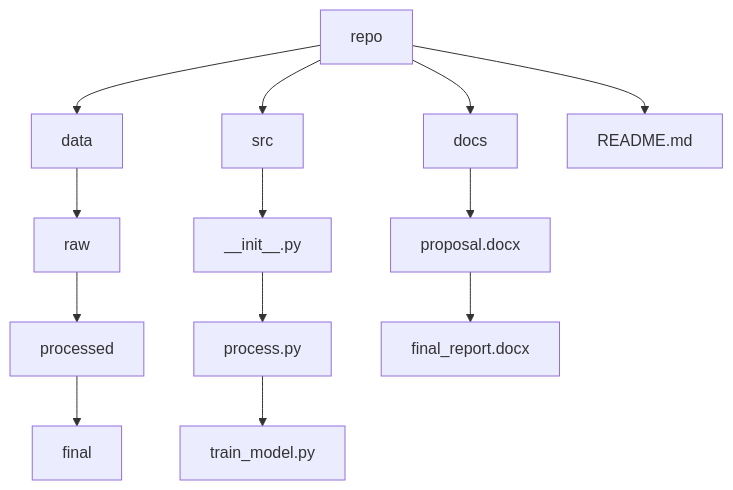
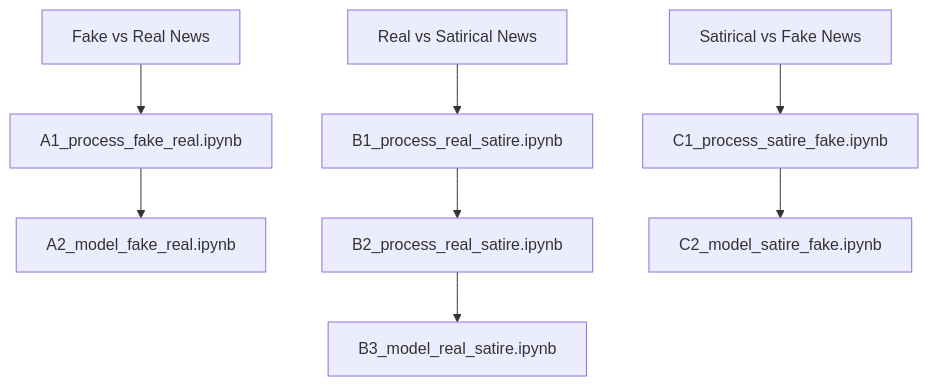
One commit to alisongh/SIADS-699-Onion changed the diagram in README.md. Above: the diagram before and after it, drawn with Mermaid. The commit also changed other lines of this file, not shown here.

````diff
--- a/README.md
+++ b/README.md
@@ -12,9 +49,8 @@
 ```mermaid
 flowchart TB
 
-  A[repo] --> B[data] --> C[raw] --> D[processed] --> E[final]
-  A[repo] --> F[src] --> G[__init__.py] --> H[process.py] --> I[train_model.py]
-  A[repo] --> J[docs] --> K[proposal.docx] --> L[final_report.docx]
-  A[repo] --> M[README.md]
+  A[Fake vs Real News] --> B[A1_process_fake_real.ipynb] --> C[A2_model_fake_real.ipynb]
+  D[Real vs Satirical News] --> E[B1_process_real_satire.ipynb] --> F[B2_process_real_satire.ipynb] --> G[B3_model_real_satire.ipynb]
+  H[Satirical vs Fake News] --> I[C1_process_satire_fake.ipynb] --> J[C2_model_satire_fake.ipynb]
   
 ```
````
